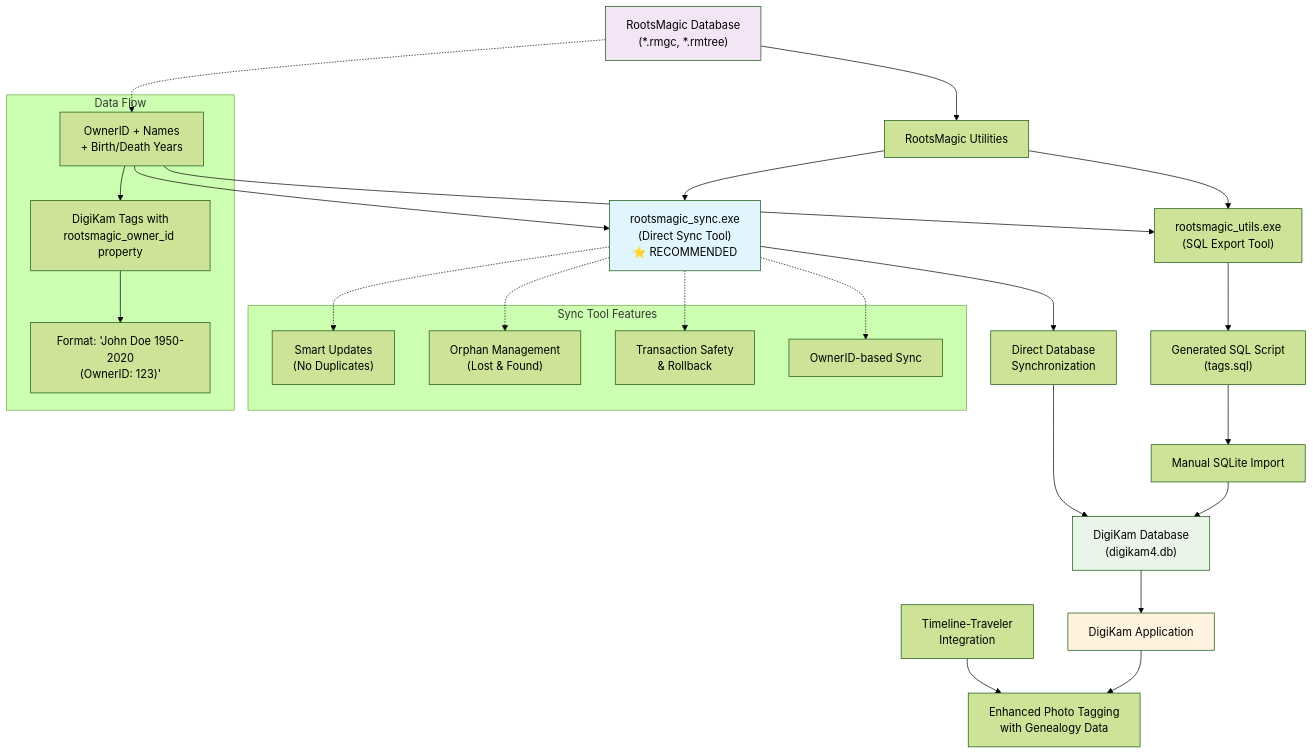
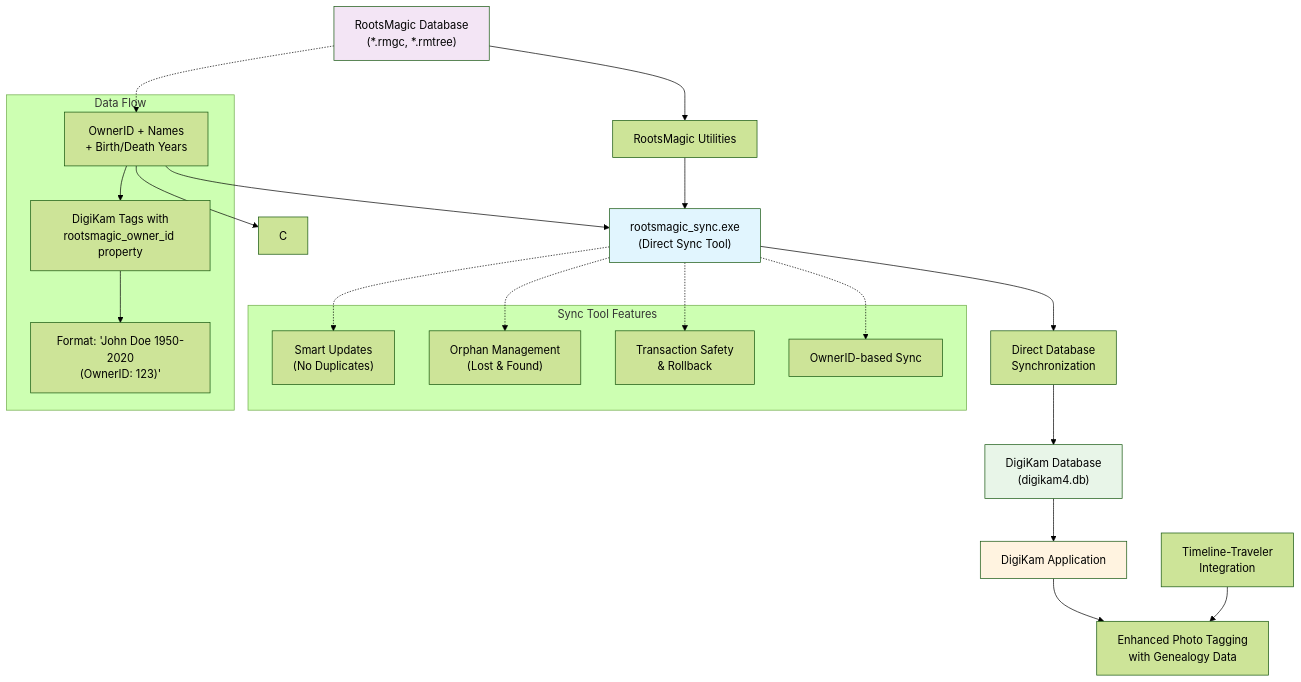
One commit to shuskey/RootsMagicUtilities changed the diagram in README.md. Above: the diagram before and after it, drawn with Mermaid (forest theme). The commit also changed other lines of this file and 7 other files, not shown here.

````diff
--- a/README.md
+++ b/README.md
@@ -13,45 +12,40 @@
 ```mermaid
 graph TD
     A["RootsMagic Database<br/>(*.rmgc, *.rmtree)"] --> B["RootsMagic Utilities"]
     
-    B --> C["rootsmagic_utils.exe<br/>(SQL Export Tool)"]
-    B --> D["rootsmagic_sync.exe<br/>(Direct Sync Tool)<br/>⭐ RECOMMENDED"]
-    
-    C --> E["Generated SQL Script<br/>(tags.sql)"]
-    E --> F["Manual SQLite Import"]
-    F --> G["DigiKam Database<br/>(digikam4.db)"]
+    B --> D["rootsmagic_sync.exe<br/>(Direct Sync Tool)"]
     
     D --> H["Direct Database<br/>Synchronization"]
-    H --> G
+    H --> G["DigiKam Database<br/>(digikam4.db)"]
     
     G --> I["DigiKam Application"]
     I --> J["Enhanced Photo Tagging<br/>with Genealogy Data"]
     
     K["Timeline-Traveler<br/>Integration"] --> J
     
     subgraph "Sync Tool Features"
         L["Smart Updates<br/>(No Duplicates)"]
         M["Orphan Management<br/>(Lost & Found)"]
         N["Transaction Safety<br/>& Rollback"]
         P["OwnerID-based Sync"]
     end
     
     D -.-> L
     D -.-> M
     D -.-> N
     D -.-> P
     
     subgraph "Data Flow"
         Q["OwnerID + Names<br/>+ Birth/Death Years"] --> R["DigiKam Tags with<br/>rootsmagic_owner_id property"]
         R --> S["Format: 'John Doe 1950-2020<br/>(OwnerID: 123)'"]
     end
     
     A -.-> Q
     Q --> D
     Q --> C
     
     style D fill:#e1f5fe
     style A fill:#f3e5f5
     style G fill:#e8f5e8
     style I fill:#fff3e0
 ```
````
